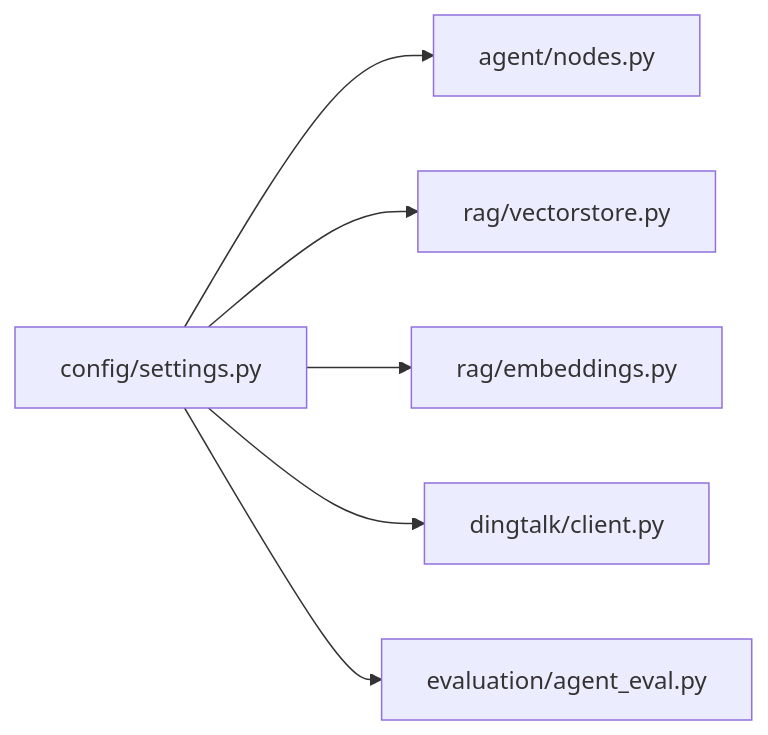
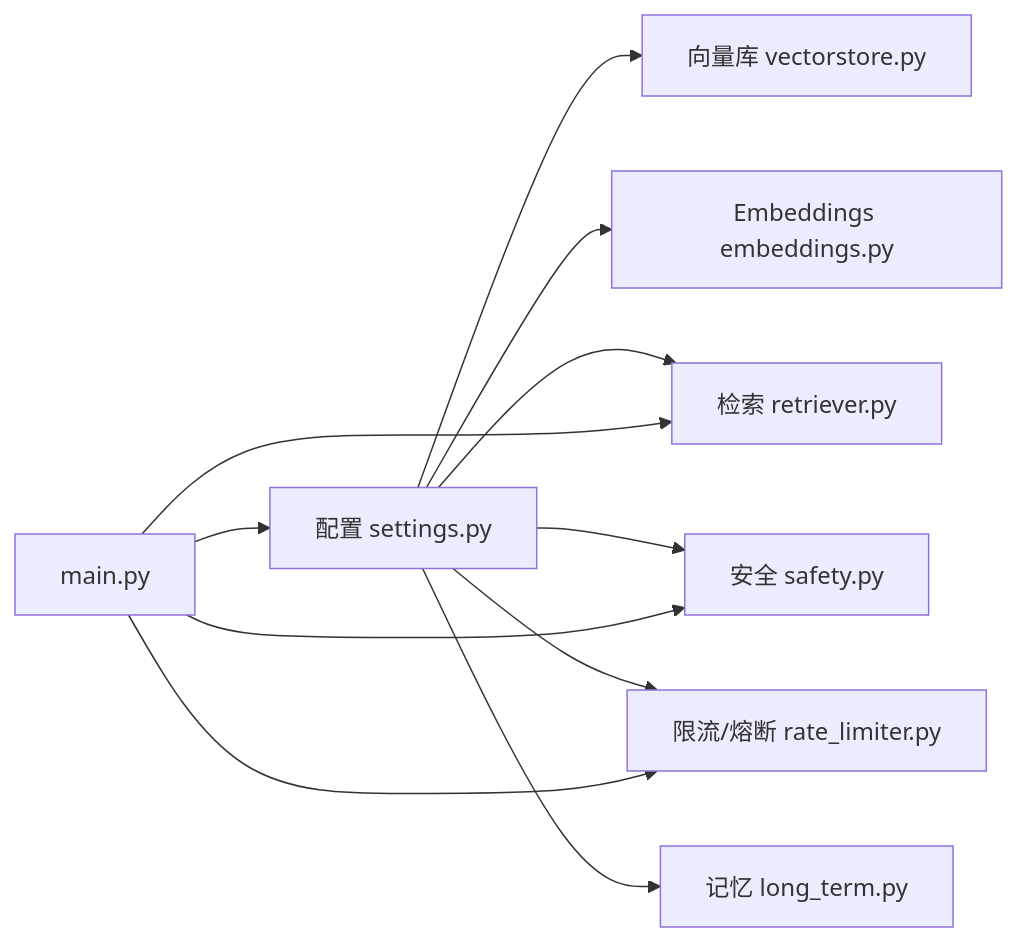
Before and after one commit to Cecil09312/DingDingAIAssistant: the seventh of 7 diagrams in .qoder/repowiki/zh/content/配置管理.md, drawn with Mermaid. The commit also changed other lines of this file and 81 other files, not shown here.

````diff
--- a/.qoder/repowiki/zh/content/配置管理.md
+++ b/.qoder/repowiki/zh/content/配置管理.md
@@ -210,8 +293,13 @@
 ```mermaid
 graph LR
-S["config/settings.py"] --> N["agent/nodes.py"]
-S --> V["rag/vectorstore.py"]
-S --> E["rag/embeddings.py"]
-S --> C["dingtalk/client.py"]
-S --> AE["evaluation/agent_eval.py"]
+S["配置 settings.py"] --> V["向量库 vectorstore.py"]
+S --> E["Embeddings embeddings.py"]
+S --> R["检索 retriever.py"]
+S --> Sec["安全 safety.py"]
+S --> Lim["限流/熔断 rate_limiter.py"]
+S --> Mem["记忆 long_term.py"]
+M["main.py"] --> S
+M --> Sec
+M --> Lim
+M --> R
 ```
````
